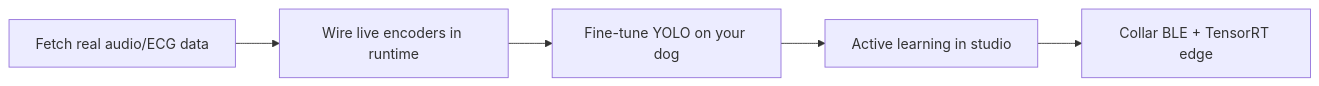
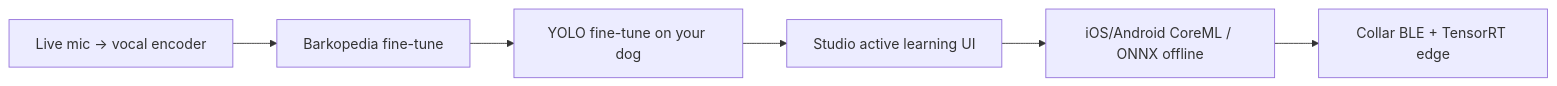
The diagram in docs/ROADMAP.md (Team-Deepiri/deepiri-aarflingo), drawn with Mermaid before and after one commit. The commit also changed other lines of this file and 39 other files, not shown here.

````diff
--- a/docs/ROADMAP.md
+++ b/docs/ROADMAP.md
@@ -97,7 +141,8 @@
 ```mermaid
 flowchart LR
-  A[Fetch real audio/ECG data] --> B[Wire live encoders in runtime]
-  B --> C[Fine-tune YOLO on your dog]
-  C --> D[Active learning in studio]
-  D --> E[Collar BLE + TensorRT edge]
+  A[Live mic → vocal encoder] --> B[Barkopedia fine-tune]
+  B --> C[YOLO fine-tune on your dog]
+  C --> D[Studio active learning UI]
+  D --> E[iOS/Android CoreML / ONNX offline]
+  E --> F[Collar BLE + TensorRT edge]
 ```
````
